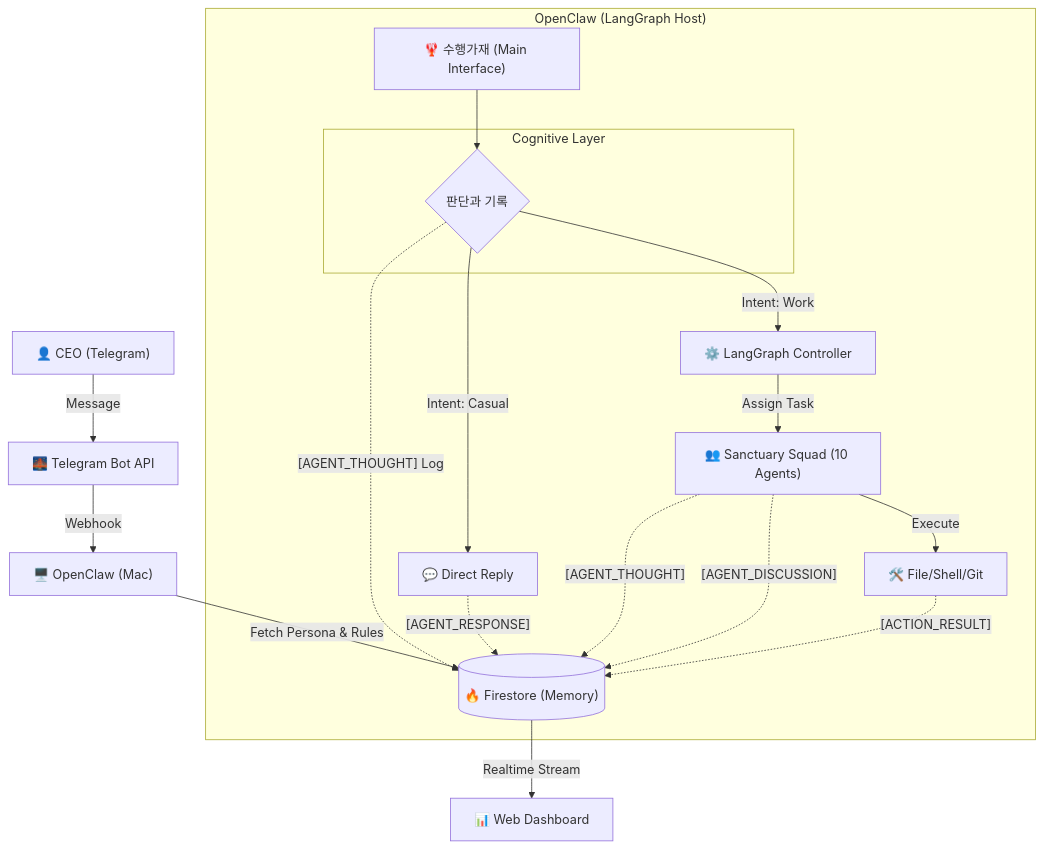
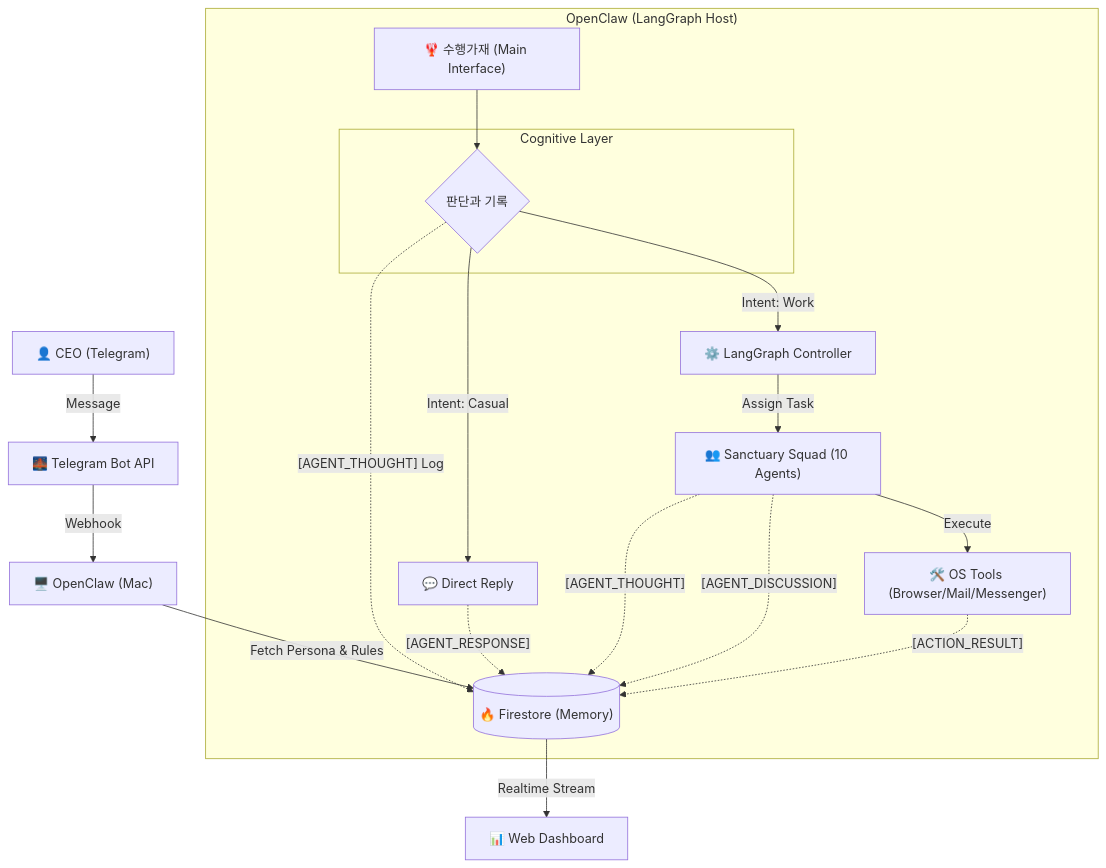
The first of 5 diagrams in docs/core/process/SYSTEM_DESIGN_V1_0.md (KyleL22/yuna-openclaw), drawn with Mermaid before and after one commit. The commit also changed other lines of this file, not shown here.

````diff
--- a/docs/core/process/SYSTEM_DESIGN_V1_0.md
+++ b/docs/core/process/SYSTEM_DESIGN_V1_0.md
@@ -12,35 +12,35 @@
 ```mermaid
 graph TD
     User["👤 CEO (Telegram)"] -->|Message| Bridge["🌉 Telegram Bot API"]
     Bridge -->|Webhook| PC["🖥️ OpenClaw (Mac)"]
     
     PC -->|Fetch Persona & Rules| DB[("🔥 Firestore (Memory)")]
     
     subgraph "OpenClaw (LangGraph Host)"
         Suhaeng["🦞 수행가재 (Main Interface)"]
         %% Note: OpenClaw itself IS Suhaeng. There is no 'raw LLM'.
         %% The System Prompt for the entry point is ROLE_SUHAENG.
         
         subgraph "Cognitive Layer"
             Think{판단과 기록}
         end
 
         Suhaeng --> Think
         Think -.->|"[AGENT_THOUGHT] Log"| DB
         
         Think -->|Intent: Casual| Reply["💬 Direct Reply"]
         Think -->|Intent: Work| Orchestrator["⚙️ LangGraph Controller"]
         
         Orchestrator -->|Assign Task| Squad["👥 Sanctuary Squad (10 Agents)"]
         
-        Squad -->|Execute| Tools["🛠️ File/Shell/Git"]
+        Squad -->|Execute| Tools["🛠️ OS Tools (Browser/Mail/Messenger)"]
         
         %% All agents write to DB
         Reply -.->|"[AGENT_RESPONSE]"| DB
         Squad -.->|"[AGENT_THOUGHT]"| DB
         Squad -.->|"[AGENT_DISCUSSION]"| DB
         Tools -.->|"[ACTION_RESULT]"| DB
     end
     
     DB -->|Realtime Stream| Dashboard["📊 Web Dashboard"]
 ```
````
